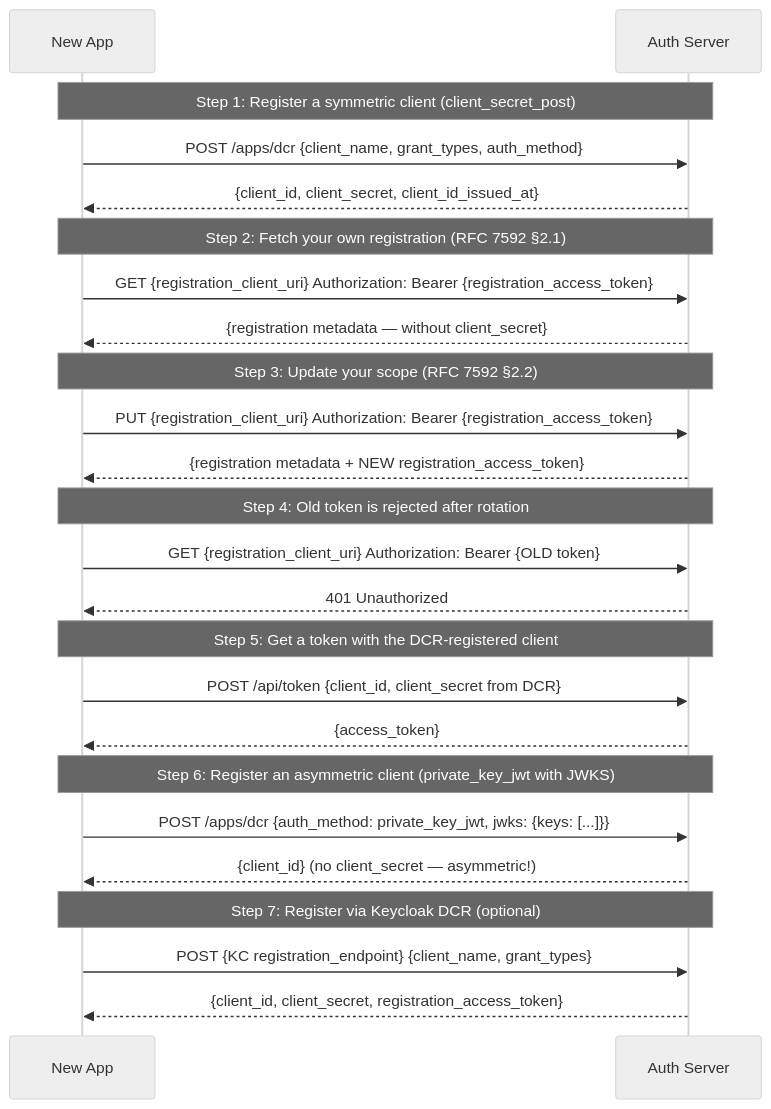
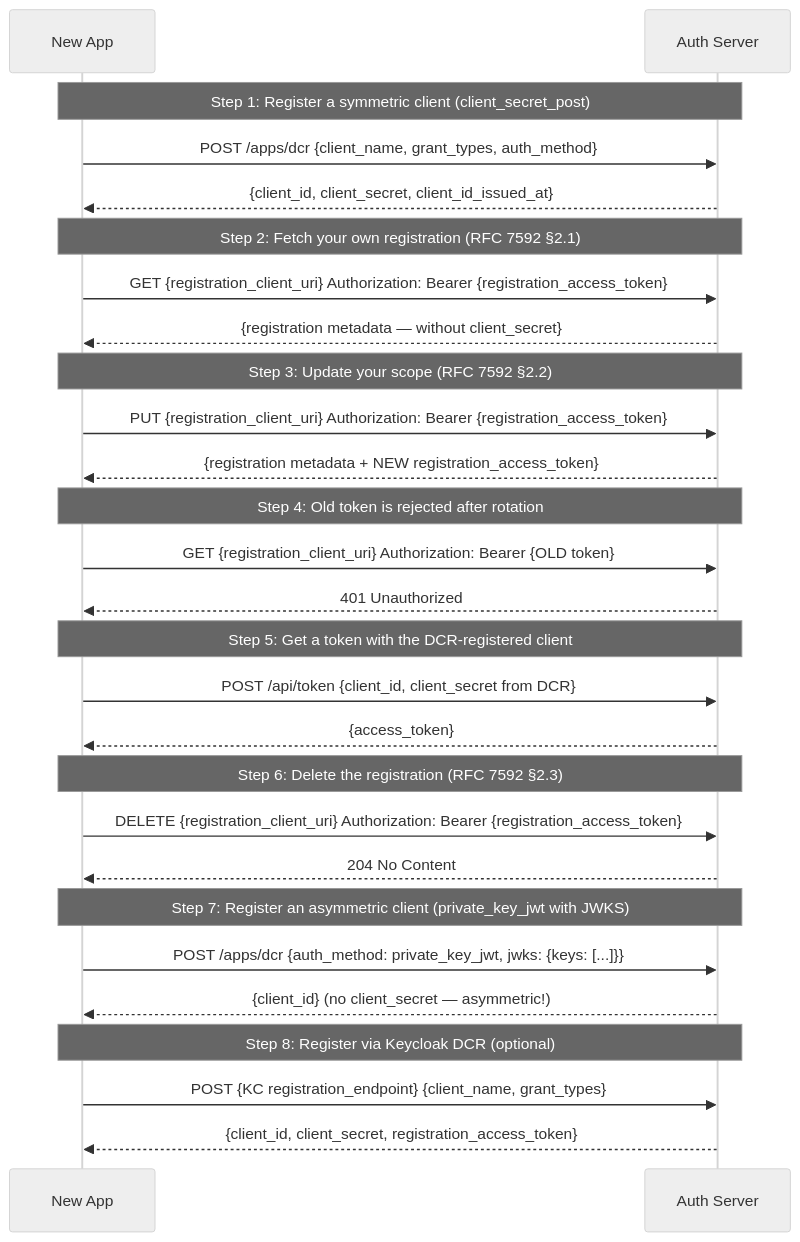
One commit to panyam/oneauth changed the diagram in examples/06-dynamic-client-registration/WALKTHROUGH.md. Above: the diagram before and after it, drawn with Mermaid (neutral theme). The commit also changed other lines of this file and 12 other files, not shown here.

````diff
--- a/examples/06-dynamic-client-registration/WALKTHROUGH.md
+++ b/examples/06-dynamic-client-registration/WALKTHROUGH.md
@@ -17,33 +18,37 @@
 ```mermaid
 sequenceDiagram
     participant App as New App
     participant AS as Auth Server
 
     Note over App,AS: Step 1: Register a symmetric client (client_secret_post)
     App->>AS: POST /apps/dcr {client_name, grant_types, auth_method}
     AS-->>App: {client_id, client_secret, client_id_issued_at}
 
     Note over App,AS: Step 2: Fetch your own registration (RFC 7592 §2.1)
     App->>AS: GET {registration_client_uri}  Authorization: Bearer {registration_access_token}
     AS-->>App: {registration metadata — without client_secret}
 
     Note over App,AS: Step 3: Update your scope (RFC 7592 §2.2)
     App->>AS: PUT {registration_client_uri}  Authorization: Bearer {registration_access_token}
     AS-->>App: {registration metadata + NEW registration_access_token}
 
     Note over App,AS: Step 4: Old token is rejected after rotation
     App->>AS: GET {registration_client_uri}  Authorization: Bearer {OLD token}
     AS-->>App: 401 Unauthorized
 
     Note over App,AS: Step 5: Get a token with the DCR-registered client
     App->>AS: POST /api/token {client_id, client_secret from DCR}
     AS-->>App: {access_token}
 
-    Note over App,AS: Step 6: Register an asymmetric client (private_key_jwt with JWKS)
+    Note over App,AS: Step 6: Delete the registration (RFC 7592 §2.3)
+    App->>AS: DELETE {registration_client_uri}  Authorization: Bearer {registration_access_token}
+    AS-->>App: 204 No Content
+
+    Note over App,AS: Step 7: Register an asymmetric client (private_key_jwt with JWKS)
     App->>AS: POST /apps/dcr {auth_method: private_key_jwt, jwks: {keys: [...]}}
     AS-->>App: {client_id} (no client_secret — asymmetric!)
 
-    Note over App,AS: Step 7: Register via Keycloak DCR (optional)
+    Note over App,AS: Step 8: Register via Keycloak DCR (optional)
     App->>AS: POST {KC registration_endpoint} {client_name, grant_types}
     AS-->>App: {client_id, client_secret, registration_access_token}
 ```
````
